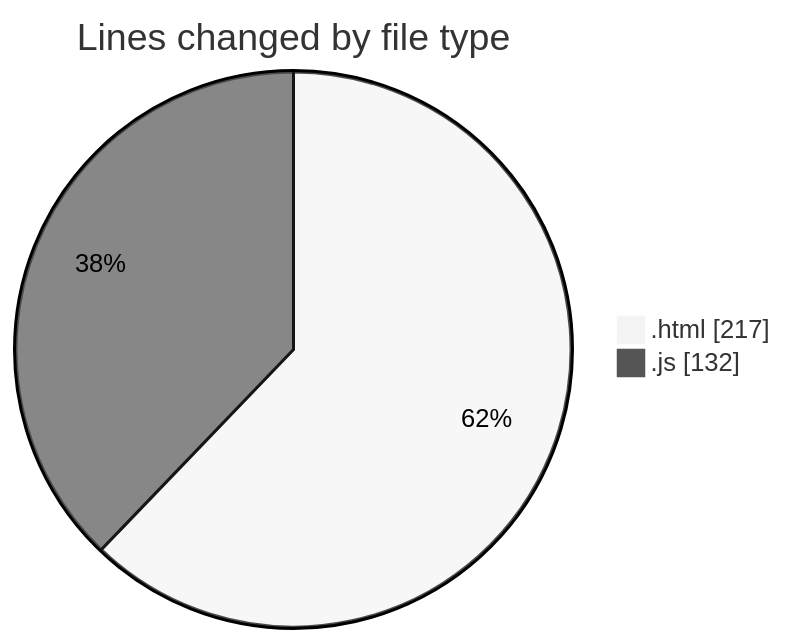
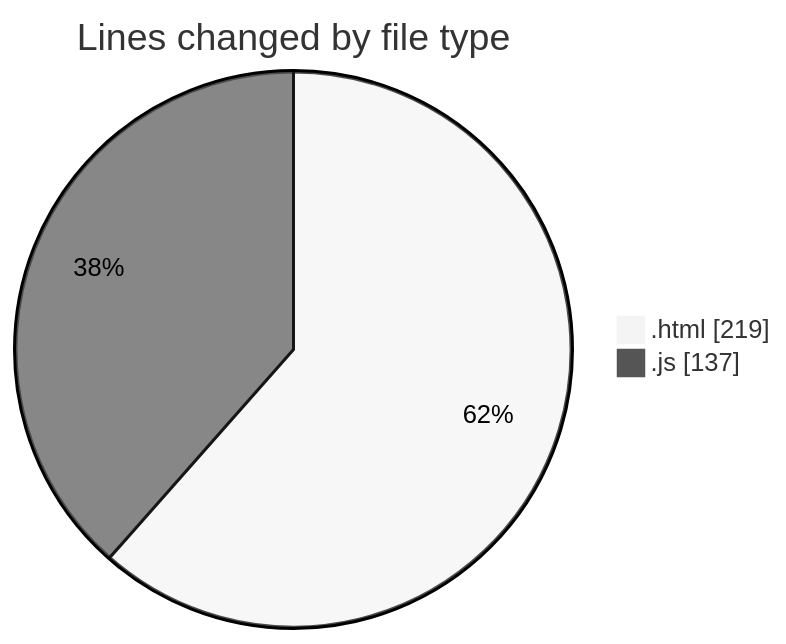
Before and after one commit to nxtqubesakshisongat/code-tracking: the first of 2 diagrams in 2025-10-25/javacript/README.md, drawn with Mermaid (neutral theme). The commit also changed other lines of this file and 1 other file, not shown here.

````diff
--- a/2025-10-25/javacript/README.md
+++ b/2025-10-25/javacript/README.md
@@ -23,6 +23,6 @@
 ```mermaid
 pie showData
 title Lines changed by file type
-".html" : 217
-".js" : 132
+".html" : 219
+".js" : 137
 ```
````
